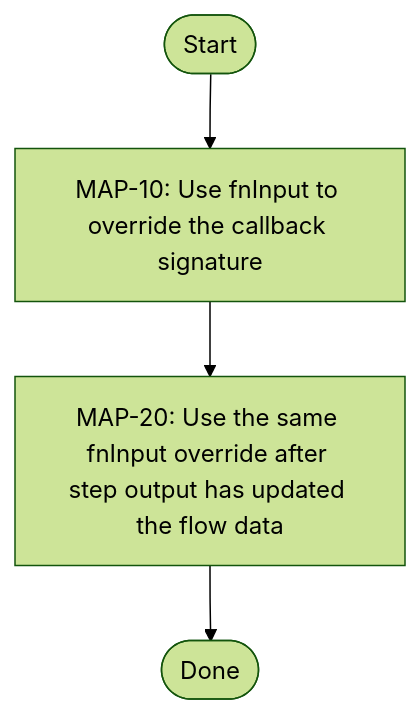
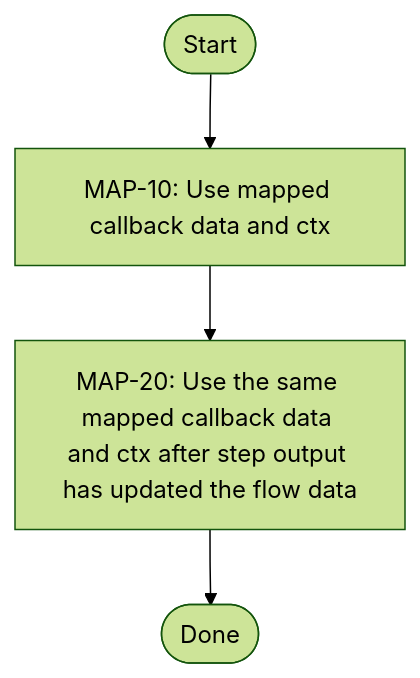
One commit to mikko-apo/structured-flow changed the ninth of 12 diagrams in README.md. Above: the diagram before and after it, drawn with Mermaid (forest theme). The commit also changed other lines of this file and 10 other files, not shown here.

````diff
--- a/README.md
+++ b/README.md
@@ -1484,16 +1489,16 @@
 ```mermaid
 flowchart TD
   start([Start])
-  step_0["MAP-10: Use fnInput to override the callback signature"]
+  step_0["MAP-10: Use mapped callback data and ctx"]
   step_0 --> step_1
-  step_1["MAP-20: Use the same fnInput override after step output has updated the flow data"]
+  step_1["MAP-20: Use the same mapped callback data and ctx after step output has updated the flow data"]
   step_1 --> done
   done([Done])
   start --> step_0
   classDef executed fill:#e8f1ff,stroke:#1d4ed8,stroke-width:2px
   classDef success fill:#ecfdf5,stroke:#16a34a,stroke-width:2px
   classDef complete fill:#f0fdf4,stroke:#15803d,stroke-width:2px
   classDef failure fill:#fef2f2,stroke:#dc2626,stroke-width:2px
   classDef neutral fill:#f8fafc,stroke:#94a3b8,stroke-dasharray: 4 2
   classDef join fill:#f8fafc,stroke:#94a3b8,stroke-width:1px,color:#475569
 ```
````
